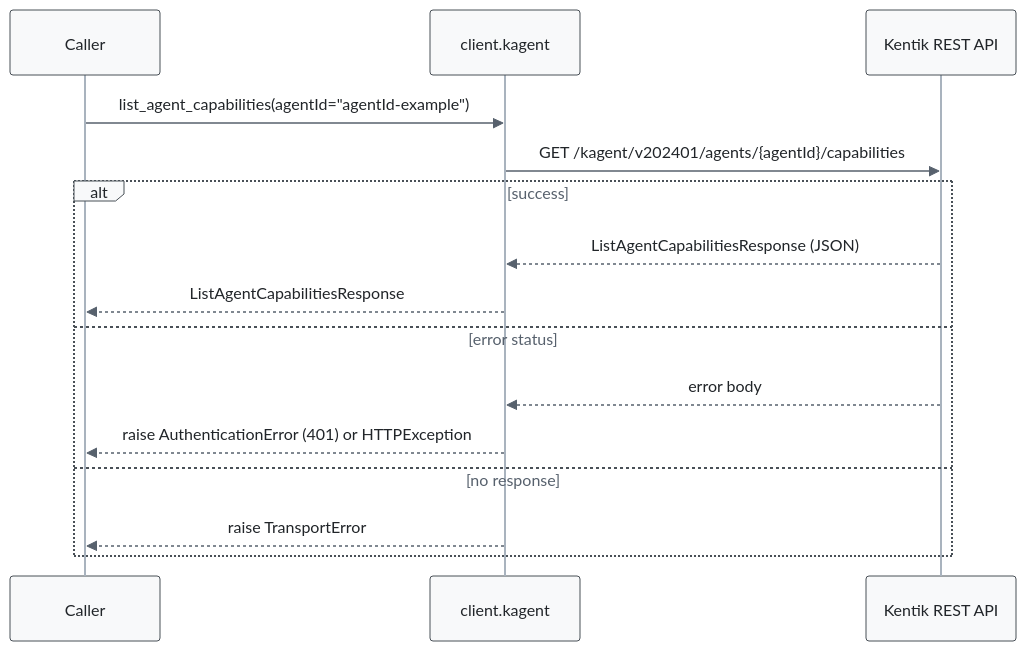
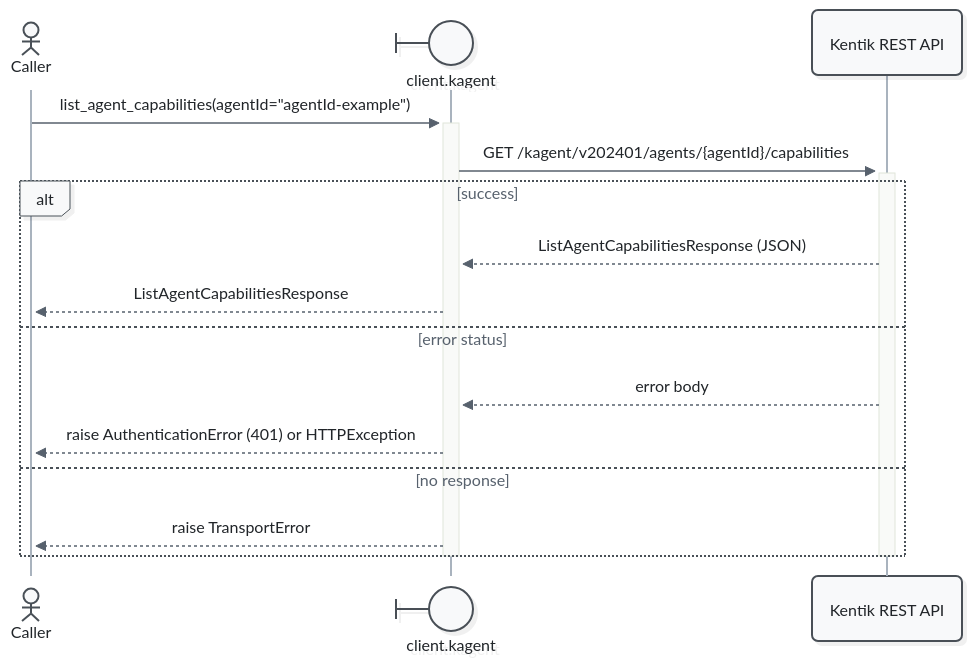
One commit to alexdearaujo/community_sdk_python changed diagram 15 of 57 in docs/sphinx/services/kagent.md. Above: the diagram before and after it, drawn with Mermaid. The commit also changed other lines of this file and 52 other files, not shown here.

First line of the commit message:
docs: Mermaid 12 sequence diagrams with participant types and path colors

````diff
--- a/docs/sphinx/services/kagent.md
+++ b/docs/sphinx/services/kagent.md
@@ -590,19 +625,21 @@
 ```mermaid
-%%{init: {"theme": "base", "fontFamily": "ui-monospace, SFMono-Regular, Menlo, monospace", "themeVariables": {"fontFamily": "ui-monospace, SFMono-Regular, Menlo, monospace", "primaryColor": "#f8f9fa", "primaryBorderColor": "#495057", "primaryTextColor": "#212529", "textColor": "#212529", "lineColor": "#77818c", "edgeLabelBackground": "#ffffff", "actorBkg": "#f8f9fa", "actorBorder": "#495057", "actorTextColor": "#212529", "actorLineColor": "#a9b3be", "signalColor": "#57616d", "signalTextColor": "#212529", "labelBoxBkgColor": "#f8f9fa", "labelBoxBorderColor": "#495057", "labelTextColor": "#212529", "loopTextColor": "#57616d", "noteBkgColor": "#fff9db", "noteBorderColor": "#f08c00", "noteTextColor": "#a35a00"}, "flowchart": {"curve": "step", "nodeSpacing": 30, "rankSpacing": 70, "wrappingWidth": 400}}}%%
+%%{init: {"theme": "redux", "look": "neo", "layout": "dagre", "fontFamily": "ui-monospace, SFMono-Regular, Menlo, monospace", "themeVariables": {"fontFamily": "ui-monospace, SFMono-Regular, Menlo, monospace", "primaryColor": "#f8f9fa", "primaryBorderColor": "#495057", "primaryTextColor": "#212529", "textColor": "#212529", "lineColor": "#77818c", "edgeLabelBackground": "#ffffff", "actorBkg": "#f8f9fa", "actorBorder": "#495057", "actorTextColor": "#212529", "actorLineColor": "#a9b3be", "signalColor": "#57616d", "signalTextColor": "#212529", "labelBoxBkgColor": "#f8f9fa", "labelBoxBorderColor": "#495057", "labelTextColor": "#212529", "loopTextColor": "#57616d", "noteBkgColor": "#fff9db", "noteBorderColor": "#f08c00", "noteTextColor": "#a35a00"}, "sequence": {"activationWidth": 16}, "flowchart": {"curve": "step", "nodeSpacing": 30, "rankSpacing": 70, "wrappingWidth": 400}}}%%
 sequenceDiagram
-    participant C as Caller
-    participant W as client.kagent
+    actor C as Caller
+    participant W@{ "type": "boundary" } as client.kagent
     participant API as Kentik REST API
 
-    C->>W: list_agent_capabilities(agentId="agentId-example")
-    W->>API: GET /kagent/v202401/agents/{agentId}/capabilities
+    C->>+W: list_agent_capabilities(agentId="agentId-example")
+    W->>+API: GET /kagent/v202401/agents/{agentId}/capabilities
     alt success
         API-->>W: ListAgentCapabilitiesResponse (JSON)
         W-->>C: ListAgentCapabilitiesResponse
     else error status
         API-->>W: error body
         W-->>C: raise AuthenticationError (401) or HTTPException
     else no response
         W-->>C: raise TransportError
     end
+    deactivate API
+    deactivate W
 ```
````
